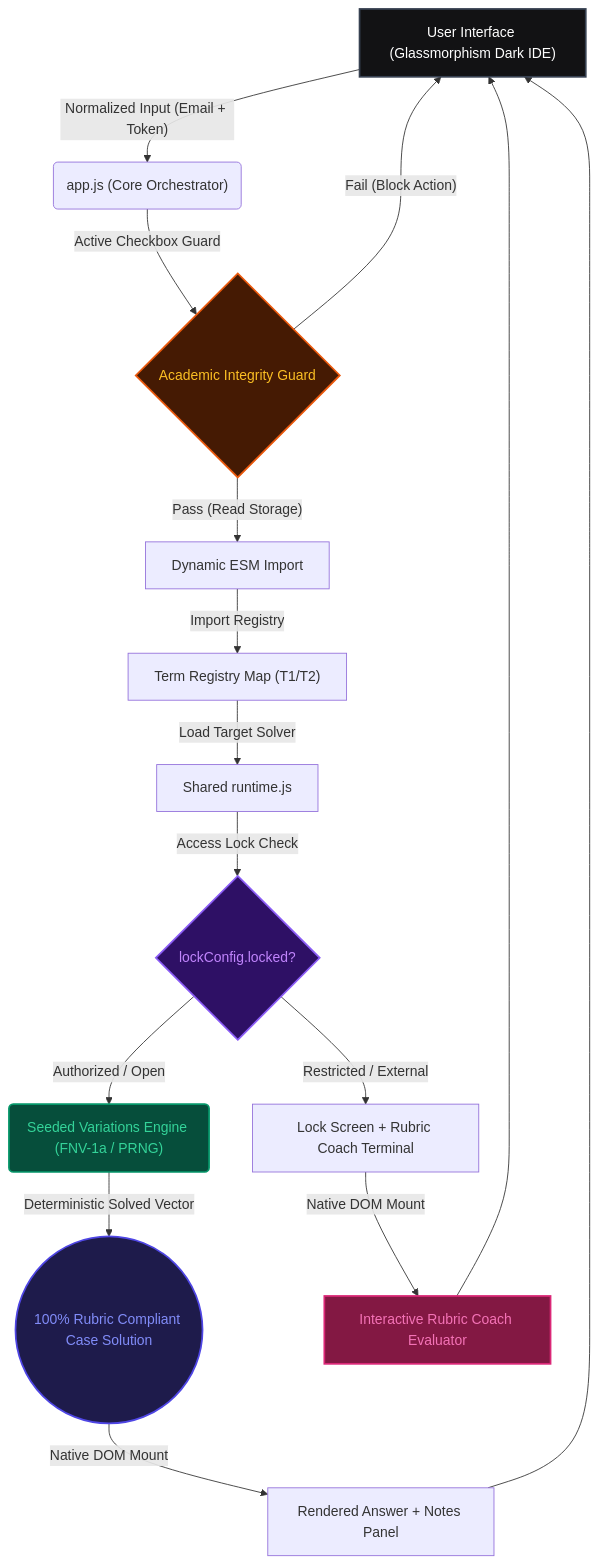
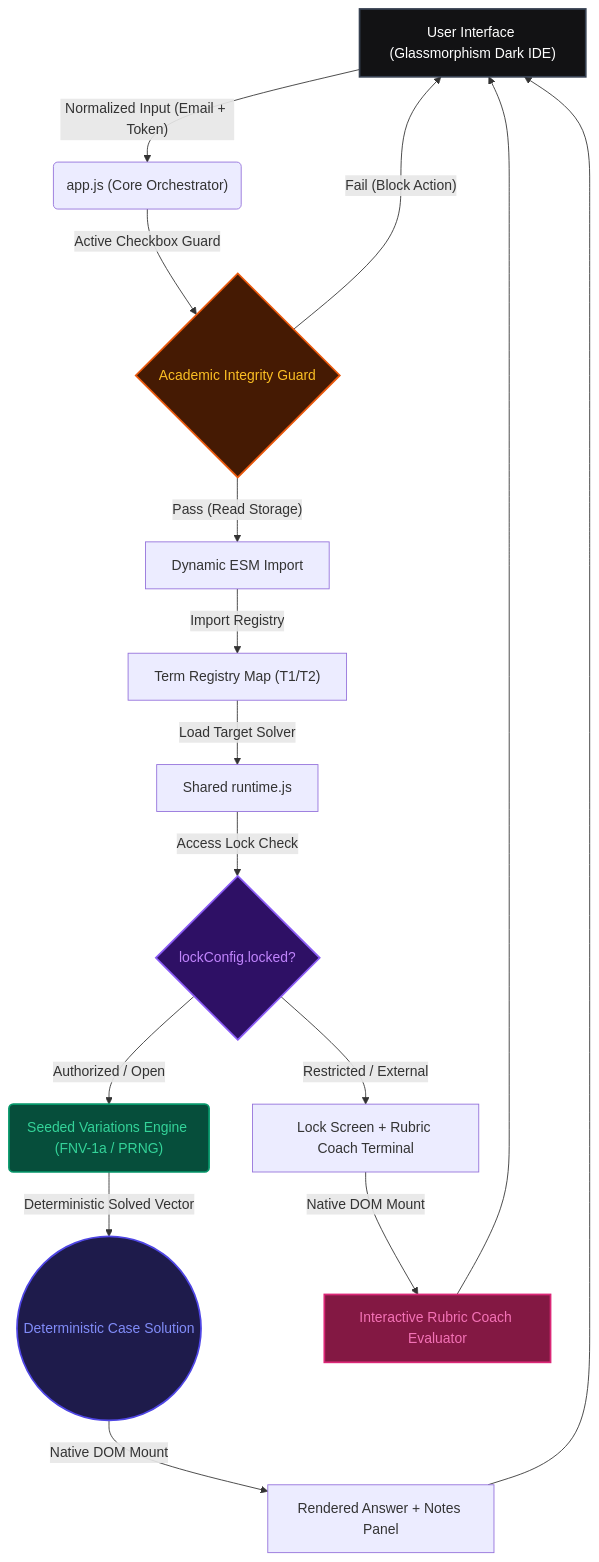
Before and after one commit to GyaanFlow/tds-roe-solver-t12026: the diagram in README.md, drawn with Mermaid. The commit also changed other lines of this file and 19 other files, not shown here.

````diff
--- a/README.md
+++ b/README.md
@@ -28,24 +26,24 @@
 ```mermaid
 graph TD
     A["User Interface (Glassmorphism Dark IDE)"] -->|"Normalized Input (Email + Token)"| B("app.js (Core Orchestrator)")
     B -->|"Active Checkbox Guard"| C{"Academic Integrity Guard"}
     C -->|"Pass (Read Storage)"| D["Dynamic ESM Import"]
     C -->|"Fail (Block Action)"| A
     D -->|"Import Registry"| E["Term Registry Map (T1/T2)"]
     E -->|"Load Target Solver"| F["Shared runtime.js"]
     F -->|"Access Lock Check"| G{"lockConfig.locked?"}
     G -->|"Authorized / Open"| H("Seeded Variations Engine (FNV-1a / PRNG)")
     G -->|"Restricted / External"| I["Lock Screen + Rubric Coach Terminal"]
-    H -->|"Deterministic Solved Vector"| J(("100% Rubric Compliant Case Solution"))
+    H -->|"Deterministic Solved Vector"| J(("Deterministic Case Solution"))
     J -->|"Native DOM Mount"| K["Rendered Answer + Notes Panel"]
     I -->|"Native DOM Mount"| L["Interactive Rubric Coach Evaluator"]
     K --> A
     L --> A
 
     style A fill:#121214,stroke:#374151,stroke-width:2px,color:#fff
     style C fill:#451a03,stroke:#ea580c,stroke-width:2px,color:#fbbf24
     style G fill:#2e1065,stroke:#8b5cf6,stroke-width:2px,color:#c084fc
     style H fill:#064e3b,stroke:#059669,stroke-width:2px,color:#34d399
     style J fill:#1e1b4b,stroke:#4f46e5,stroke-width:2px,color:#818cf8
     style L fill:#831843,stroke:#db2777,stroke-width:2px,color:#f472b6
 ```
````
